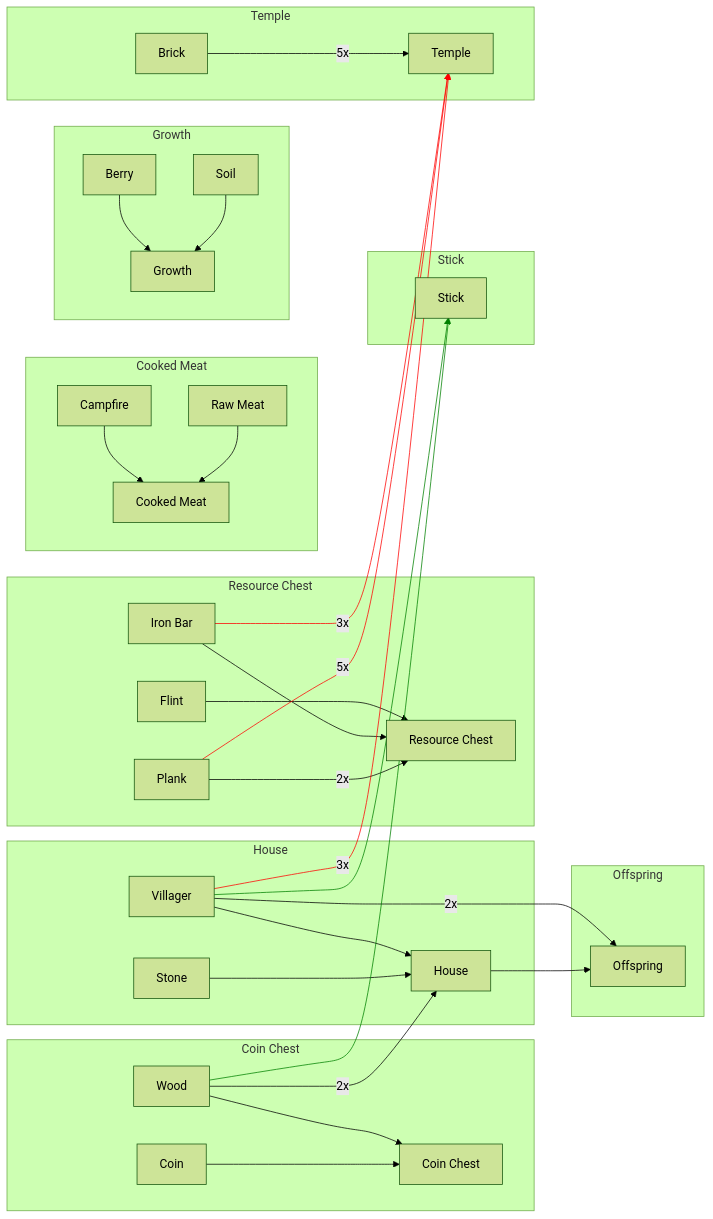
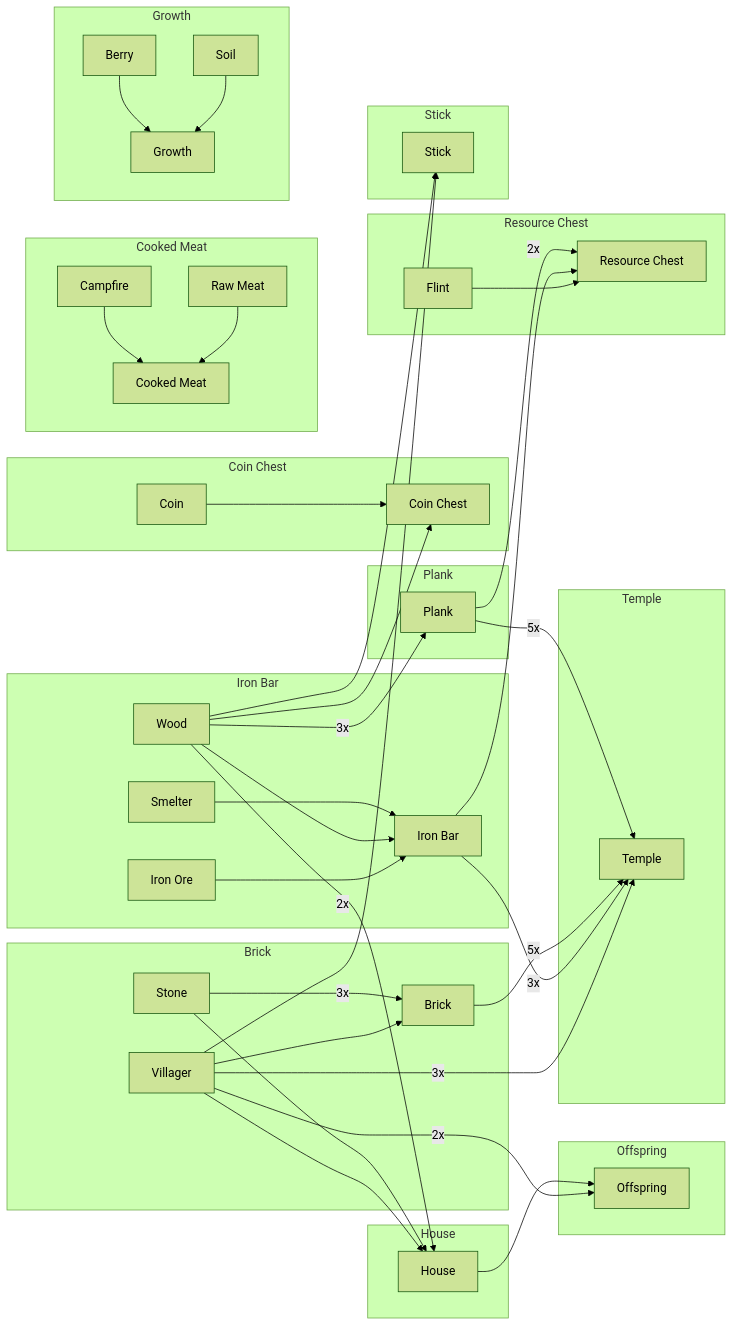
Before and after one commit to res0nat0r/stacklands: the diagram in README.md, drawn with Mermaid (forest theme).

````diff
--- a/README.md
+++ b/README.md
@@ -3,62 +3,79 @@
 ```mermaid
 %%{
 init: {
 "flowchart":{
 "useMaxWidth": 0
 }
 }
 }%%
 
 flowchart LR
+
+%% Resources
+subgraph Brick
+stone[Stone] -->|3x| brick[Brick]
+villager --> brick
+end
+
+subgraph Iron Bar
+smelter[Smelter] --> iron_bar[Iron Bar]
+wood --> iron_bar
+iron_ore[Iron Ore] --> iron_bar
+end
+
+subgraph Plank
+wood -->|3x| plank[Plank]
+end
+
 
 
 subgraph Coin Chest
 coin[Coin] --> coin_chest[Coin Chest]
 wood[Wood] --> coin_chest
 end
 
 subgraph Cooked Meat
 campfire[Campfire] --> cooked_meat[Cooked Meat]
 raw_meat[Raw Meat] --> cooked_meat
 end
 
 subgraph Growth
 berry[Berry] --> growth[Growth]
 soil[Soil] --> growth
 end
 
 subgraph House
 wood -->|2x| house[House]
 stone[Stone] --> house
 villager[Villager] --> house
 end 
 
 %% fix
 subgraph Offspring
 house --> offspring[Offspring]
 villager[Villager] -->|2x| offspring
 end
 
 subgraph Resource Chest
 plank[Plank] -->|2x| resource_chest[Resource Chest]
-iron_bar[Iron Bar] --> resource_chest
+iron_bar --> resource_chest
 flint[Flint] --> resource_chest
 end
 
 subgraph Stick
 wood --> stick[Stick]
 villager --> stick
 end
 
 subgraph Temple
 plank -->|5x| temple[Temple]
-brick[Brick] -->|5x| temple
+brick -->|5x| temple
 iron_bar -->|3x| temple
 villager -->|3x| temple
 end
 
 
-linkStyle 16,18,19 stroke:red;
-linkStyle 14,15 stroke:green;
+%%linkStyle 16,18,19 stroke:red;
+%%linkStyle 14,15 stroke:green;
 
 ```
````
